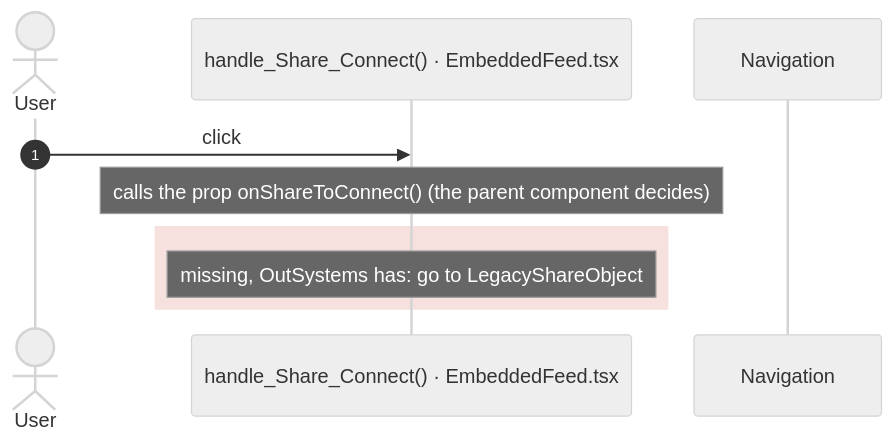
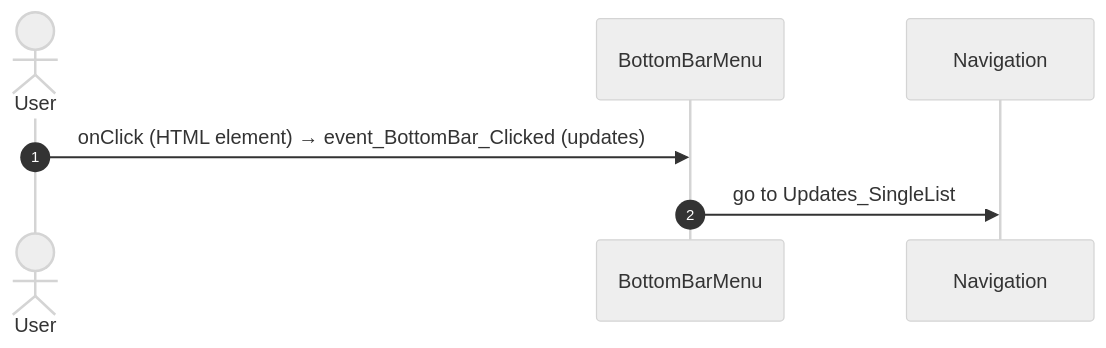
One commit to Phoenix-DX/connect-new-ui changed the fourth of 51 diagrams in migration/route-actions/HomeFeed.md. Above: the diagram before and after it, drawn with Mermaid (neutral theme). The commit also changed other lines of this file and 9 other files, not shown here.

Commit message:
route actions: facts only; user actions as two independent lists (OutSystems view bindings, React JSX bindings) with Mermaid sequences; factual call columns (direct caller, chains, React references); app shell by definition (survey shell, main.tsx code); constants read for React paths

````diff
--- a/migration/route-actions/HomeFeed.md
+++ b/migration/route-actions/HomeFeed.md
@@ -248,12 +222,9 @@
 ```mermaid
 sequenceDiagram
   autonumber
   actor U as User
-  participant H as handle_Share_Connect() · EmbeddedFeed.tsx
+  participant B as BottomBarMenu
   participant N as Navigation
-  U->>H: click
-  Note over H: calls the prop onShareToConnect() (the parent component decides)
-  rect rgba(192, 57, 43, 0.15)
-  Note over H: missing, OutSystems has: go to LegacyShareObject
-  end
+  U->>B: onClick (HTML element) → event_BottomBar_Clicked (updates)
+  B->>N: go to Updates_SingleList
 ```
````
